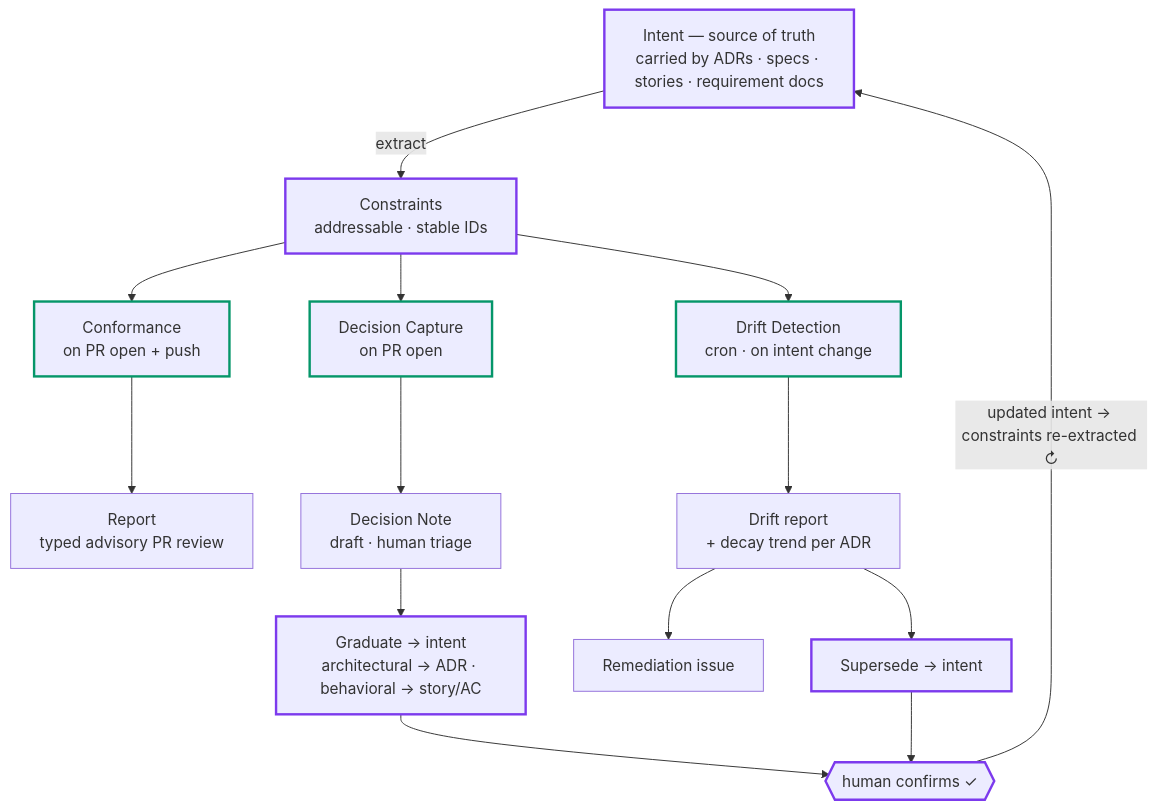
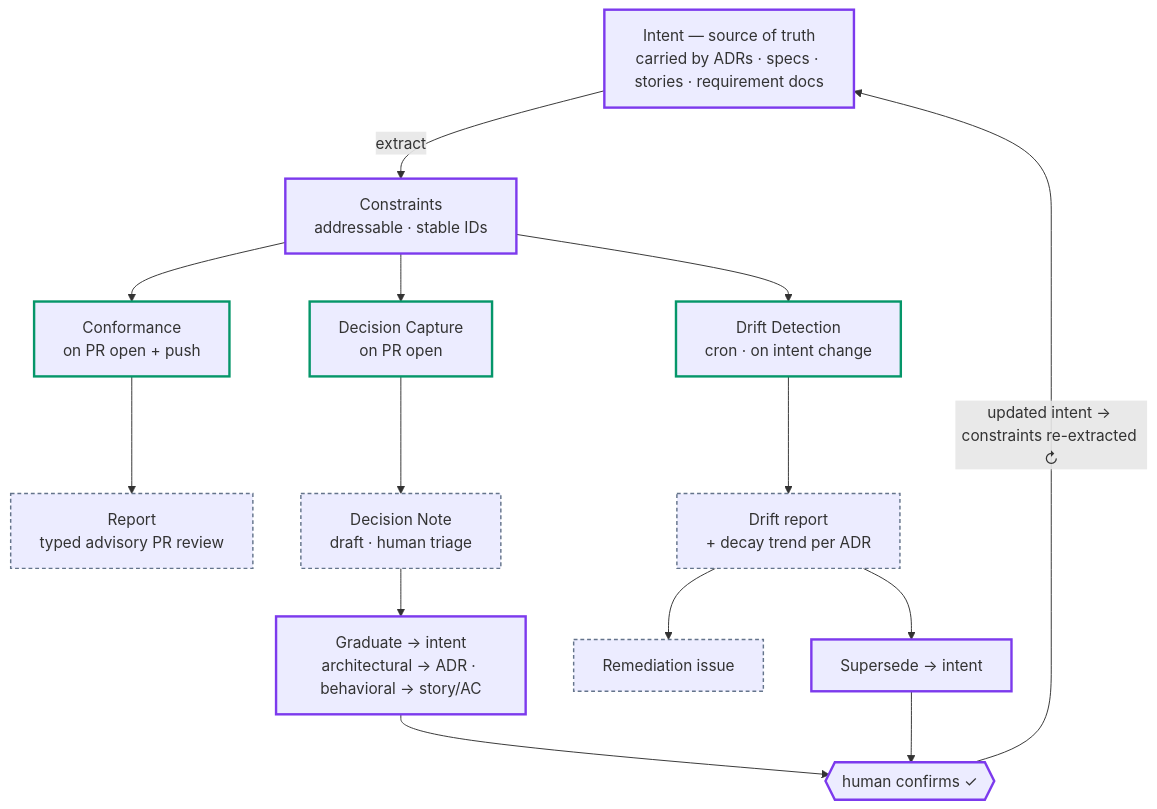
One commit to fang-lin/GlobalHack-DeliveryRadar changed the diagram in README.md. Above: the diagram before and after it, drawn with Mermaid. The commit also changed other lines of this file, not shown here.

Commit message:
docs: footnote superscripts for key terms (ADR/driver/constraint/verdict/grounding/IIAC) replacing the collapsible glossary; tier-color the IIAC Loop diagram (intent/op/artifact); fix lingering 'We proved'→'We show'

````diff
--- a/README.md
+++ b/README.md
@@ -85,34 +83,36 @@
 ```mermaid
 flowchart TB
     I["Intent — source of truth<br/>carried by ADRs · specs · stories · requirement docs"]
     C["Constraints<br/>addressable · stable IDs"]
     CONF["Conformance<br/>on PR open + push"]
     CAP["Decision Capture<br/>on PR open"]
     DRIFT["Drift Detection<br/>cron · on intent change"]
     R["Report<br/>typed advisory PR review"]
     DN["Decision Note<br/>draft · human triage"]
     DR["Drift report<br/>+ decay trend per ADR"]
     G["Graduate → intent<br/>architectural → ADR · behavioral → story/AC"]
     REM["Remediation issue"]
     SUP["Supersede → intent"]
     H{{"human confirms ✓"}}
 
     I -- extract --> C
     C --> CONF
     C --> CAP
     C --> DRIFT
     CONF --> R
     CAP --> DN
     DRIFT --> DR
     DN --> G
     DR --> REM
     DR --> SUP
     G --> H
     SUP --> H
     H -- "updated intent → constraints re-extracted ↻" --> I
 
     classDef intent stroke:#7c3aed,stroke-width:2.5px;
     class I,C,G,SUP,H intent;
     classDef op stroke:#059669,stroke-width:2.5px;
     class CONF,CAP,DRIFT op;
+    classDef artifact stroke:#64748b,stroke-width:1.5px,stroke-dasharray:4 3;
+    class R,DN,DR,REM artifact;
 ```
````
